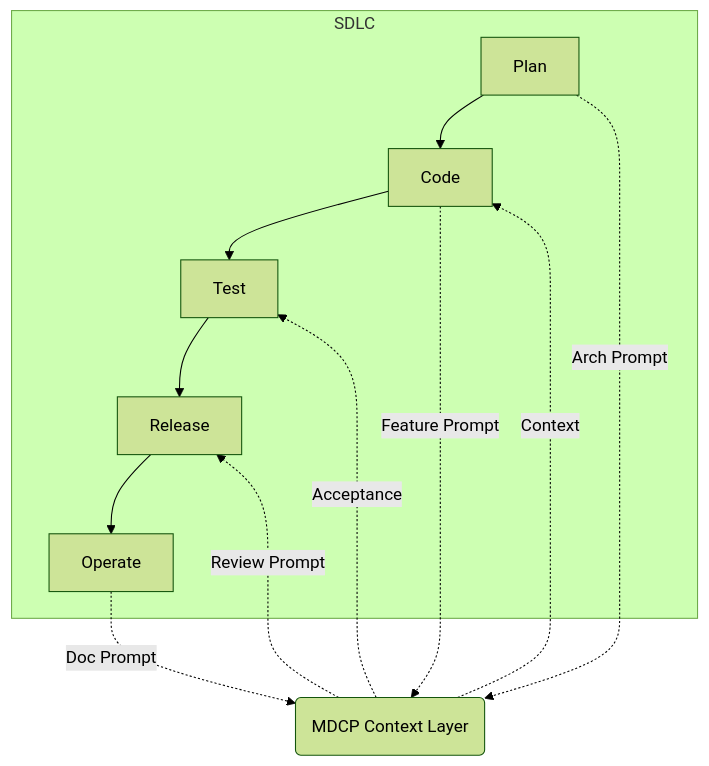
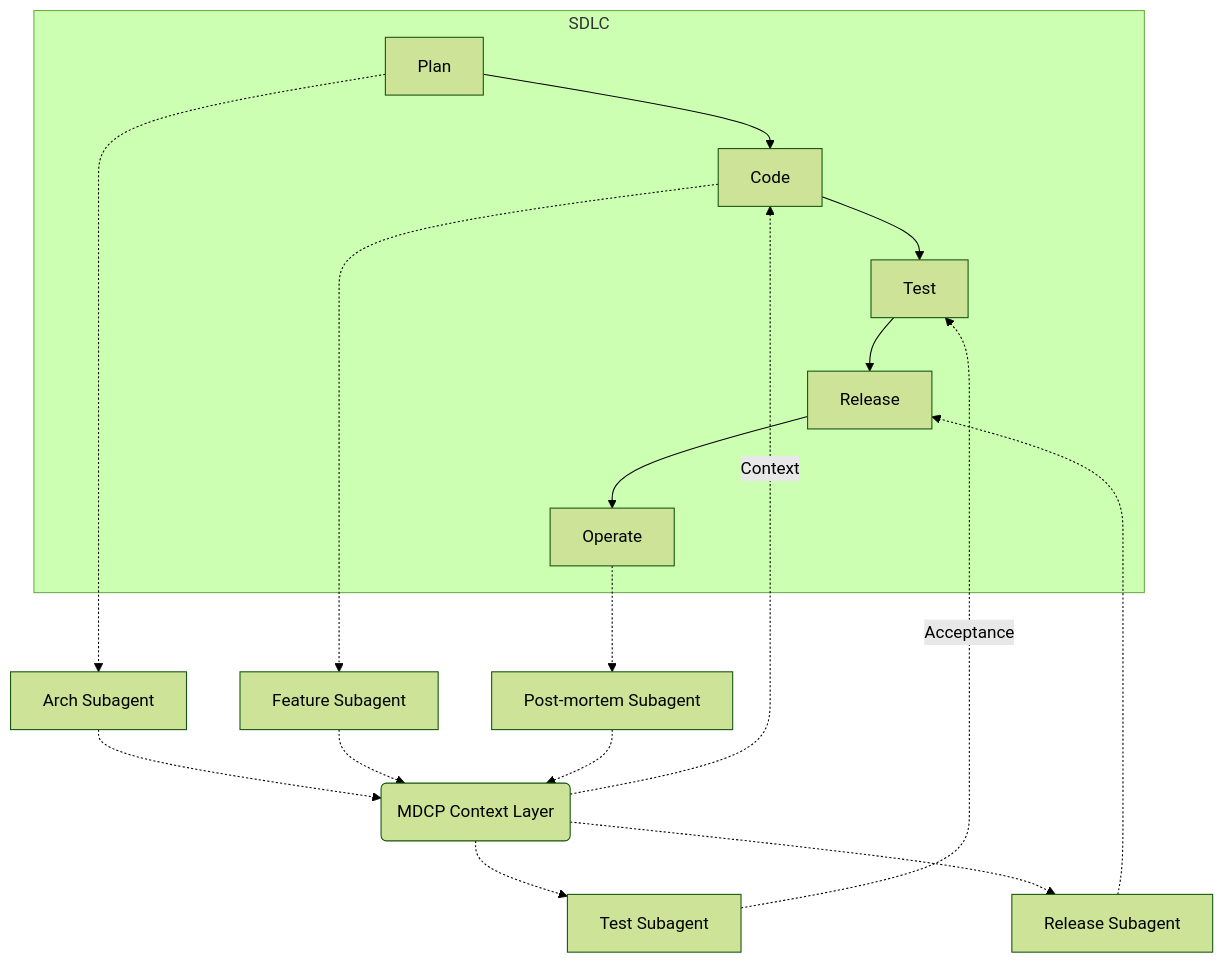
Before and after one commit to betsalel-williamson/mdcp: the second of 2 diagrams in docs/presentation-la-devops/02c-value-chain.md, drawn with Mermaid (forest theme). The commit also changed other lines of this file and 1 other file, not shown here.

Commit message:
docs(presentation): convert prompts to subagents in SDLC diagram

````diff
--- a/docs/presentation-la-devops/02c-value-chain.md
+++ b/docs/presentation-la-devops/02c-value-chain.md
@@ -81,15 +81,31 @@
 ```mermaid {scale: 0.7}
 graph TD
     subgraph SDLC
         Plan --> Code --> Test --> Release --> Operate
     end
 
     MDCP("MDCP Context Layer")
 
-    Plan -.->|"Arch Prompt"| MDCP
-    Code -.->|"Feature Prompt"| MDCP
+    %% Subagent Actors
+    ArchAgent["Arch Subagent"]
+    FeatureAgent["Feature Subagent"]
+    TestAgent["Test Subagent"]
+    ReleaseAgent["Release Subagent"]
+    PostMortemAgent["Post-mortem Subagent"]
+
+    Plan -.-> ArchAgent
+    ArchAgent -.-> MDCP
+
+    Code -.-> FeatureAgent
+    FeatureAgent -.-> MDCP
     MDCP -.->|"Context"| Code
-    MDCP -.->|"Acceptance"| Test
-    MDCP -.->|"Review Prompt"| Release
-    Operate -.->|"Doc Prompt"| MDCP
+
+    MDCP -.-> TestAgent
+    TestAgent -.->|"Acceptance"| Test
+
+    MDCP -.-> ReleaseAgent
+    ReleaseAgent -.-> Release
+
+    Operate -.-> PostMortemAgent
+    PostMortemAgent -.-> MDCP
 ```
````
